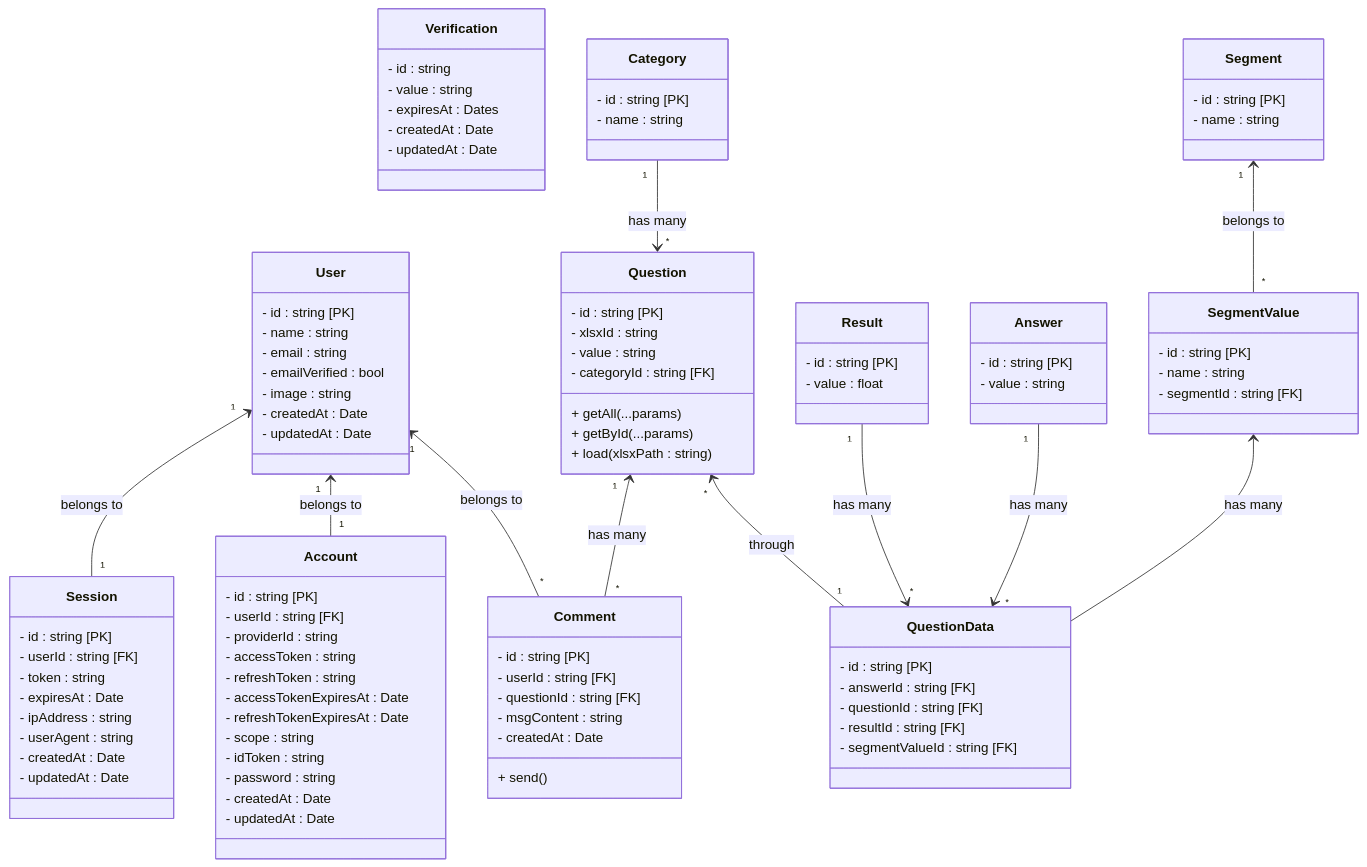
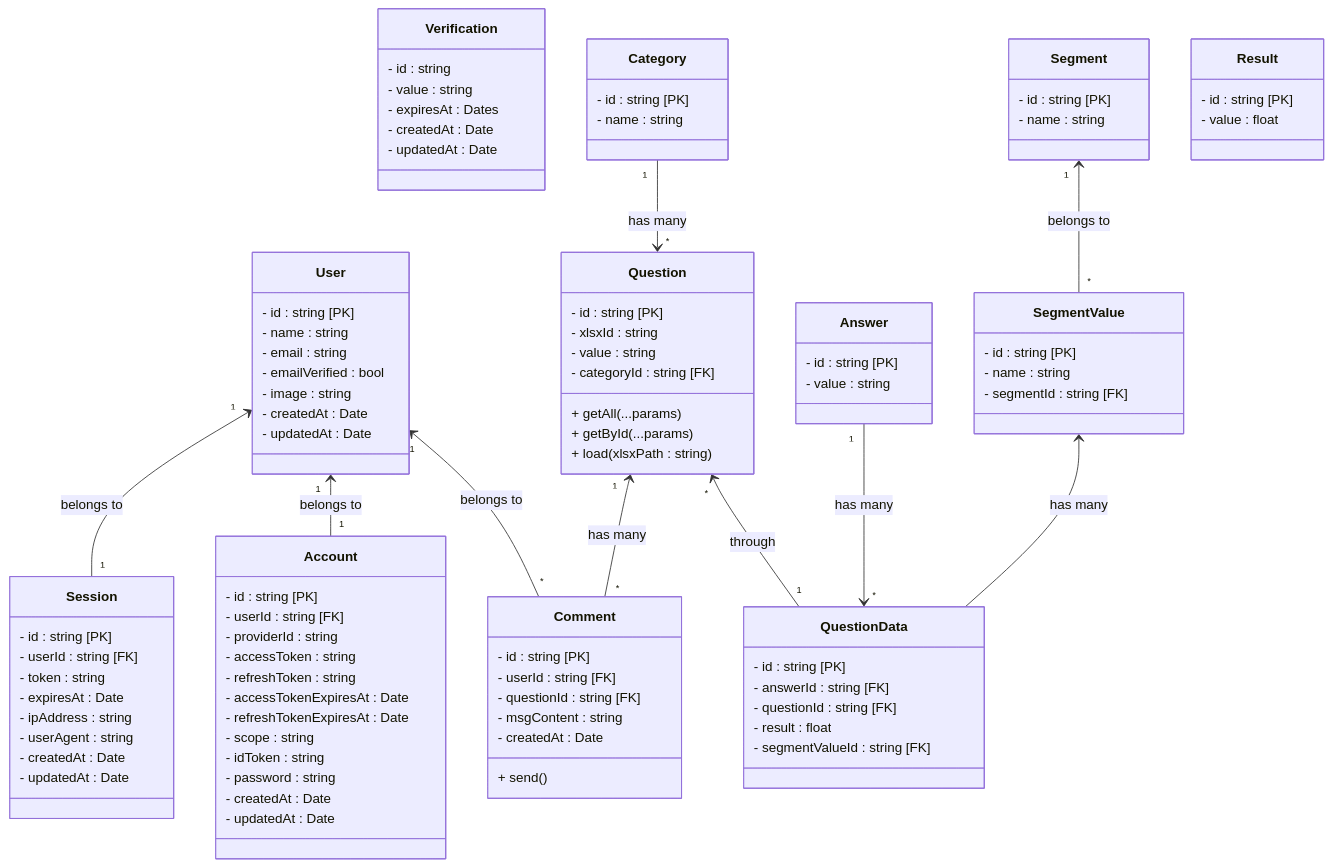
The diagram in docs/system-classDiagram.mmd (DaifMX/ITESM_Jalisco_Como_Vamos), drawn with Mermaid before and after one commit.

Commit message:
@jcv/docs: fix(classDiagram): Removed unused table and corrected questionData table, replaced resultId with result.

```diff
--- a/docs/system-classDiagram.mmd
+++ b/docs/system-classDiagram.mmd
@@ -1,114 +1,113 @@
 %% Implementado por Daif
 
 classDiagram
     User "1" <-- "1" Session : belongs to
     User "1" <-- "1" Account : belongs to
     User "1" <-- "*" Comment : belongs to
 
     class Verification {
         - id : string
         - value : string
         - expiresAt : Dates
         - createdAt : Date
         - updatedAt : Date
     }
 
     class User {
         - id : string [PK]
         - name : string
         - email : string
         - emailVerified : bool
         - image : string
         - createdAt : Date
         - updatedAt : Date
     }
 
     class Session {
         - id : string [PK]
         - userId : string [FK]
         - token : string
         - expiresAt : Date
         - ipAddress : string
         - userAgent : string
         - createdAt : Date
         - updatedAt : Date
     }
 
     class Account {
         - id : string [PK]
         - userId : string [FK]
         - providerId : string
         - accessToken : string
         - refreshToken : string
         - accessTokenExpiresAt : Date
         - refreshTokenExpiresAt : Date
         - scope : string
         - idToken : string
         - password : string
         - createdAt : Date
         - updatedAt : Date
     }
 
     %% Versión normalizada de XLSX a SQL
     
     Question"1" <--"*" Comment : has many
     Question"*" <-- "1" QuestionData : through
     Category"1" --> "*" Question : has many
-    Result "1" --> "*" QuestionData : has many
     Answer "1" --> "*" QuestionData : has many
 
     class Category {
         - id : string [PK]
         - name : string
     }
 
     class Question {
         - id : string [PK]
         - xlsxId : string
         - value : string
         - categoryId : string [FK]
         + getAll(...params)
         + getById(...params)
         + load(xlsxPath : string)
     }
 
     class Answer {
         - id : string [PK]
         - value : string
     }
 
     class QuestionData {
         - id : string [PK]
         - answerId : string [FK]
         - questionId : string [FK]
-        - resultId : string [FK]
+        - result : float
         - segmentValueId : string [FK]
     }
 
     Segment"1" <-- "*" SegmentValue : belongs to
     SegmentValue <-- QuestionData : has many
 
     class Segment {
         - id : string [PK]
         - name : string
     }
 
     class SegmentValue {
         - id : string [PK]
         - name : string
         - segmentId : string [FK]
     }
 
     class Result {
         - id : string [PK]
         - value : float
     }
 
     class Comment {
         - id : string [PK]
         - userId : string [FK]
         - questionId : string [FK]
         - msgContent : string
         - createdAt : Date
         + send()
     }
```
